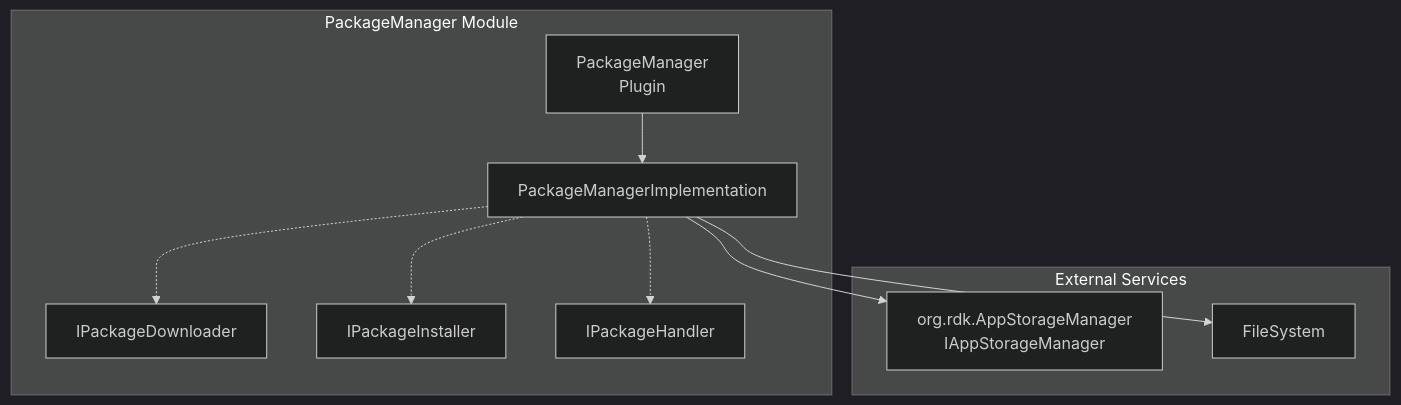
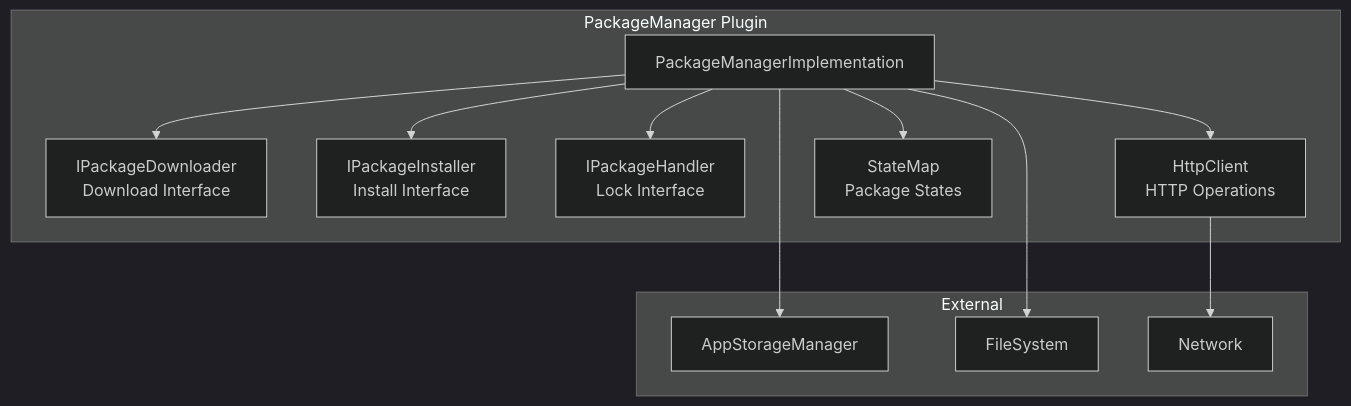
The first of 8 diagrams in PackageManager/PackageManager.md (rdkcentral/entservices-appmanagers), drawn with Mermaid (dark theme) before and after one commit. The commit also changed other lines of this file and 19 other files, not shown here.

````diff
--- a/PackageManager/PackageManager.md
+++ b/PackageManager/PackageManager.md
@@ -32,22 +39,26 @@
 ```mermaid
 graph TB
-    subgraph "PackageManager Module"
-        PM[PackageManager<br/>Plugin]
-        PMI[PackageManagerImplementation]
-        DL[IPackageDownloader]
-        INS[IPackageInstaller]
-        HDL[IPackageHandler]
+    subgraph "PackageManager Plugin"
+        Impl[PackageManagerImplementation]
+        DL[IPackageDownloader<br/>Download Interface]
+        INS[IPackageInstaller<br/>Install Interface]
+        HDL[IPackageHandler<br/>Lock Interface]
+        HTTP[HttpClient<br/>HTTP Operations]
+        State[StateMap<br/>Package States]
     end
 
-    subgraph "External Services"
-        StorMgr[org.rdk.AppStorageManager<br/>IAppStorageManager]
+    subgraph "External"
+        ASM[AppStorageManager]
         FS[FileSystem]
+        Net[Network]
     end
 
-    PM --> PMI
-    PMI -.-> DL
-    PMI -.-> INS
-    PMI -.-> HDL
-    PMI --> StorMgr
-    PMI --> FS
+    Impl --> DL
+    Impl --> INS
+    Impl --> HDL
+    Impl --> HTTP
+    Impl --> State
+    HTTP --> Net
+    Impl --> ASM
+    Impl --> FS
 ```
````
